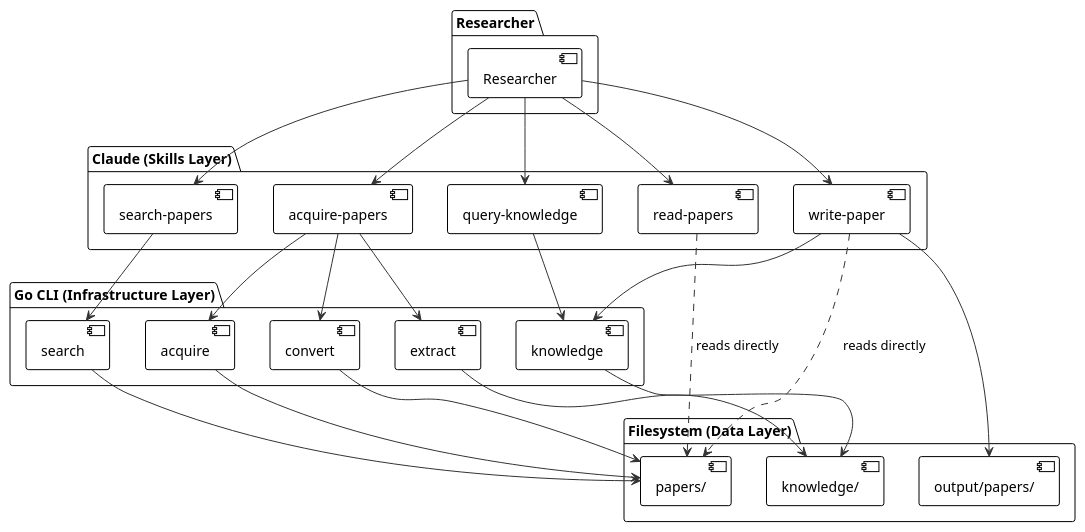
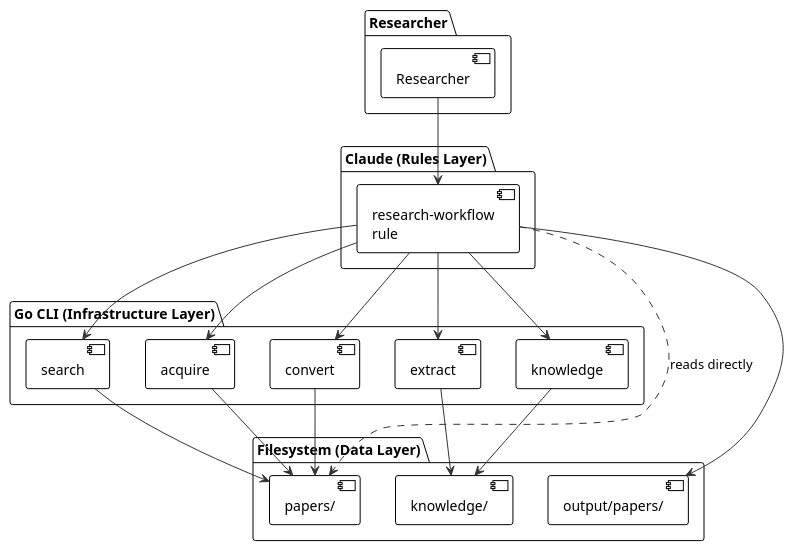
Before and after one commit to petar-djukic/research-engine: the first of 2 diagrams in docs/ARCHITECTURE.md, drawn with PlantUML. The commit also changed other lines of this file and 2 other files, not shown here.

First line of the commit message:
Update ARCHITECTURE.md and road-map for rules-based workflow (research-aih.3, prd009)

````diff
--- a/docs/ARCHITECTURE.md
+++ b/docs/ARCHITECTURE.md
@@ -16,58 +16,48 @@
 ```plantuml
 @startuml
 !theme plain
 skinparam backgroundColor white
 skinparam arrowColor #333333
 
 package "Researcher" {
   [Researcher] as user
 }
 
-package "Claude (Skills Layer)" {
-  [search-papers] as sp
-  [acquire-papers] as ap
-  [read-papers] as rp
-  [query-knowledge] as qk
-  [write-paper] as wp
+package "Claude (Rules Layer)" {
+  [research-workflow\nrule] as rw
 }
 
 package "Go CLI (Infrastructure Layer)" {
   [search] as srch
   [acquire] as acq
   [convert] as conv
   [extract] as ext
   [knowledge] as kb
 }
 
 package "Filesystem (Data Layer)" {
   [papers/] as papers
   [knowledge/] as know
   [output/papers/] as out
 }
 
-user --> sp
-user --> ap
-user --> rp
-user --> qk
-user --> wp
+user --> rw
 
-sp --> srch
-ap --> acq
-ap --> conv
-ap --> ext
-qk --> kb
-wp --> kb
+rw --> srch
+rw --> acq
+rw --> conv
+rw --> ext
+rw --> kb
 
-rp ..> papers : reads directly
-wp ..> papers : reads directly
+rw ..> papers : reads directly
 
 srch --> papers
 acq --> papers
 conv --> papers
 ext --> know
 kb --> know
 
-wp --> out
+rw --> out
 
 @enduml
 ```
````
